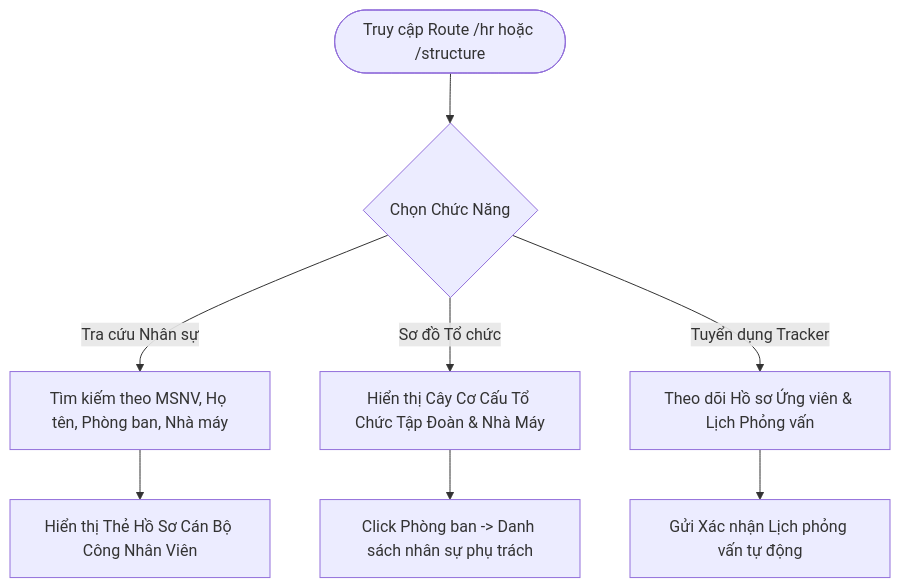
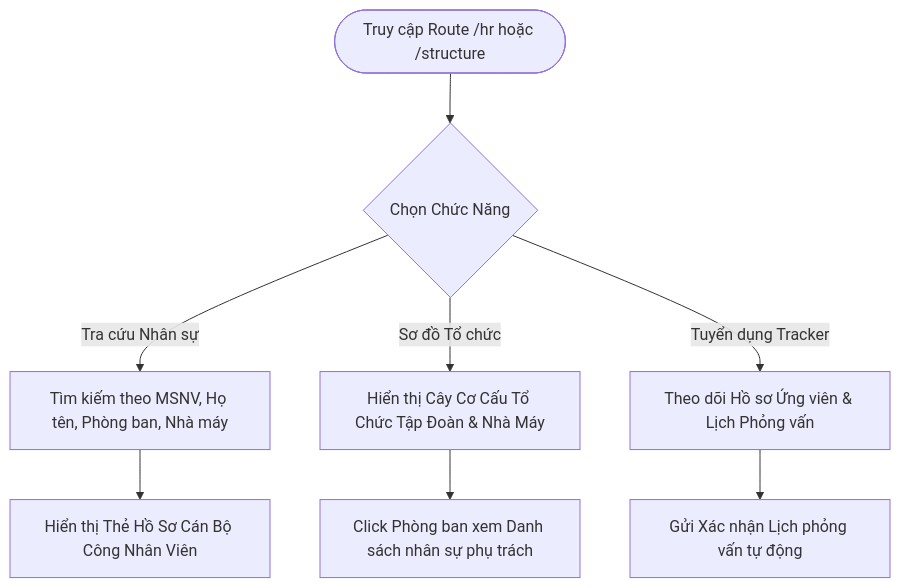
Diagram 13 of 13 in README.md (tbsgroup2026/vpchuoiskechers), drawn with Mermaid before and after one commit. The commit also changed other lines of this file, not shown here.

Commit message:
fix(docs): quote all Mermaid node labels to guarantee 100% clean rendering on GitHub

````diff
--- a/README.md
+++ b/README.md
@@ -411,12 +411,12 @@
 ```mermaid
 flowchart TD
-    StartHR([Truy cập Route /hr hoặc /structure]) --> HRAction{Chọn Chức Năng}
+    StartHR(["Truy cập Route /hr hoặc /structure"]) --> HRAction{"Chọn Chức Năng"}
 
-    HRAction -->|Tra cứu Nhân sự| SearchEmp[Tìm kiếm theo MSNV, Họ tên, Phòng ban, Nhà máy]
-    HRAction -->|Sơ đồ Tổ chức| ViewTree[Hiển thị Cây Cơ Cấu Tổ Chức Tập Đoàn & Nhà Máy]
-    HRAction -->|Tuyển dụng Tracker| JobTracker[Theo dõi Hồ sơ Ứng viên & Lịch Phỏng vấn]
+    HRAction -->|Tra cứu Nhân sự| SearchEmp["Tìm kiếm theo MSNV, Họ tên, Phòng ban, Nhà máy"]
+    HRAction -->|Sơ đồ Tổ chức| ViewTree["Hiển thị Cây Cơ Cấu Tổ Chức Tập Đoàn & Nhà Máy"]
+    HRAction -->|Tuyển dụng Tracker| JobTracker["Theo dõi Hồ sơ Ứng viên & Lịch Phỏng vấn"]
 
-    SearchEmp --> EmpProfile[Hiển thị Thẻ Hồ Sơ Cán Bộ Công Nhân Viên]
-    ViewTree --> DeptNode[Click Phòng ban -> Danh sách nhân sự phụ trách]
-    JobTracker --> InterviewSchedule[Gửi Xác nhận Lịch phỏng vấn tự động]
+    SearchEmp --> EmpProfile["Hiển thị Thẻ Hồ Sơ Cán Bộ Công Nhân Viên"]
+    ViewTree --> DeptNode["Click Phòng ban xem Danh sách nhân sự phụ trách"]
+    JobTracker --> InterviewSchedule["Gửi Xác nhận Lịch phỏng vấn tự động"]
 ```
````
